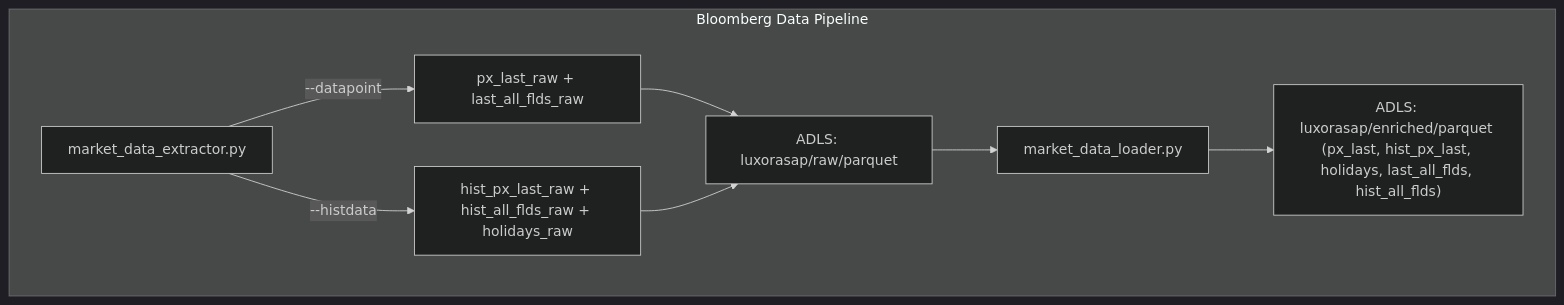
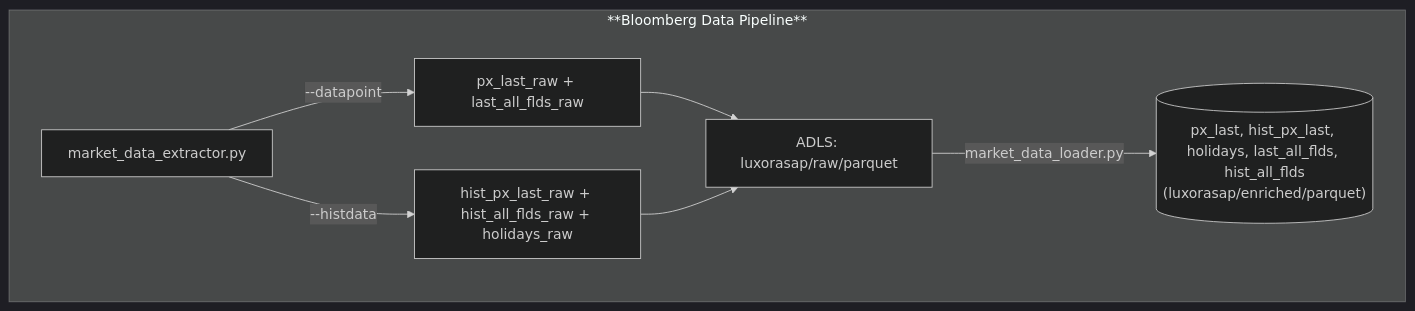
One commit to luxorinvestimentos/luxorasap-onedrive-docs changed the first of 4 diagrams in docs/architecture/bloomberg_data_pipeline.md. Above: the diagram before and after it, drawn with Mermaid (dark theme). The commit also changed other lines of this file and 2 other files, not shown here.

Commit message:
implementa pipeline run_luxorASAP

````diff
--- a/docs/architecture/bloomberg_data_pipeline.md
+++ b/docs/architecture/bloomberg_data_pipeline.md
@@ -10,12 +10,11 @@
 ```mermaid
 flowchart TD
-  subgraph Bloomberg Data Pipeline
+  subgraph **Bloomberg Data Pipeline**
     MDE[market_data_extractor.py]
     MDE -->|--datapoint| Raw1[px_last_raw + last_all_flds_raw]
     MDE -->|--histdata| Raw2[hist_px_last_raw + hist_all_flds_raw + holidays_raw]
     Raw1 --> Raw[ADLS: luxorasap/raw/parquet]
     Raw2 --> Raw
-    Raw --> MDL[market_data_loader.py]
-    MDL --> Enriched["ADLS: luxorasap/enriched/parquet (px_last, hist_px_last, holidays, last_all_flds, hist_all_flds)"]
+    Raw -->|market_data_loader.py| Enriched[("px_last, hist_px_last, holidays, last_all_flds, hist_all_flds<br>(luxorasap/enriched/parquet)")]
   end
 ```
````
